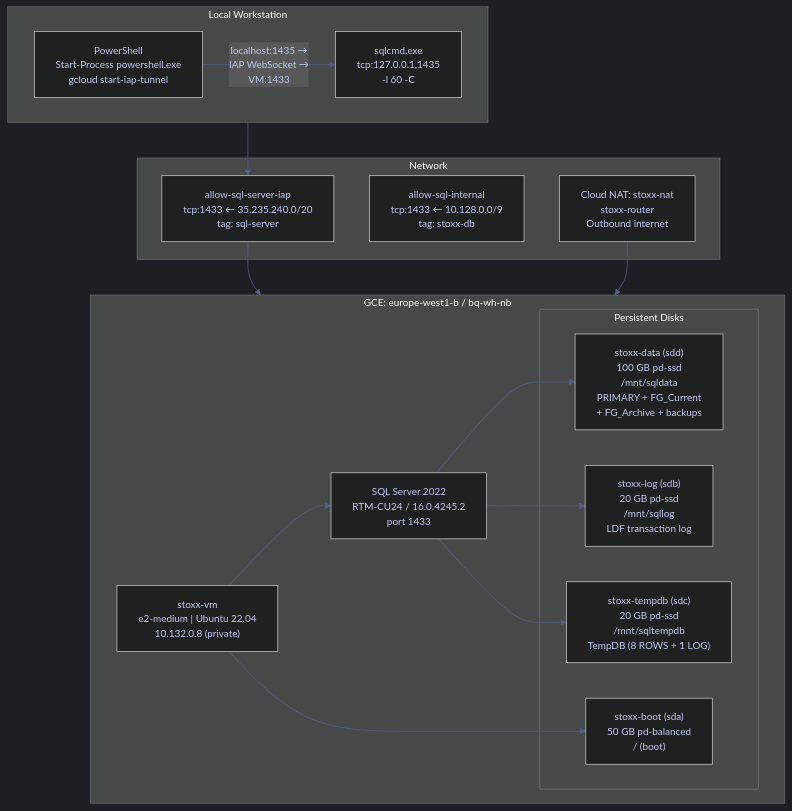
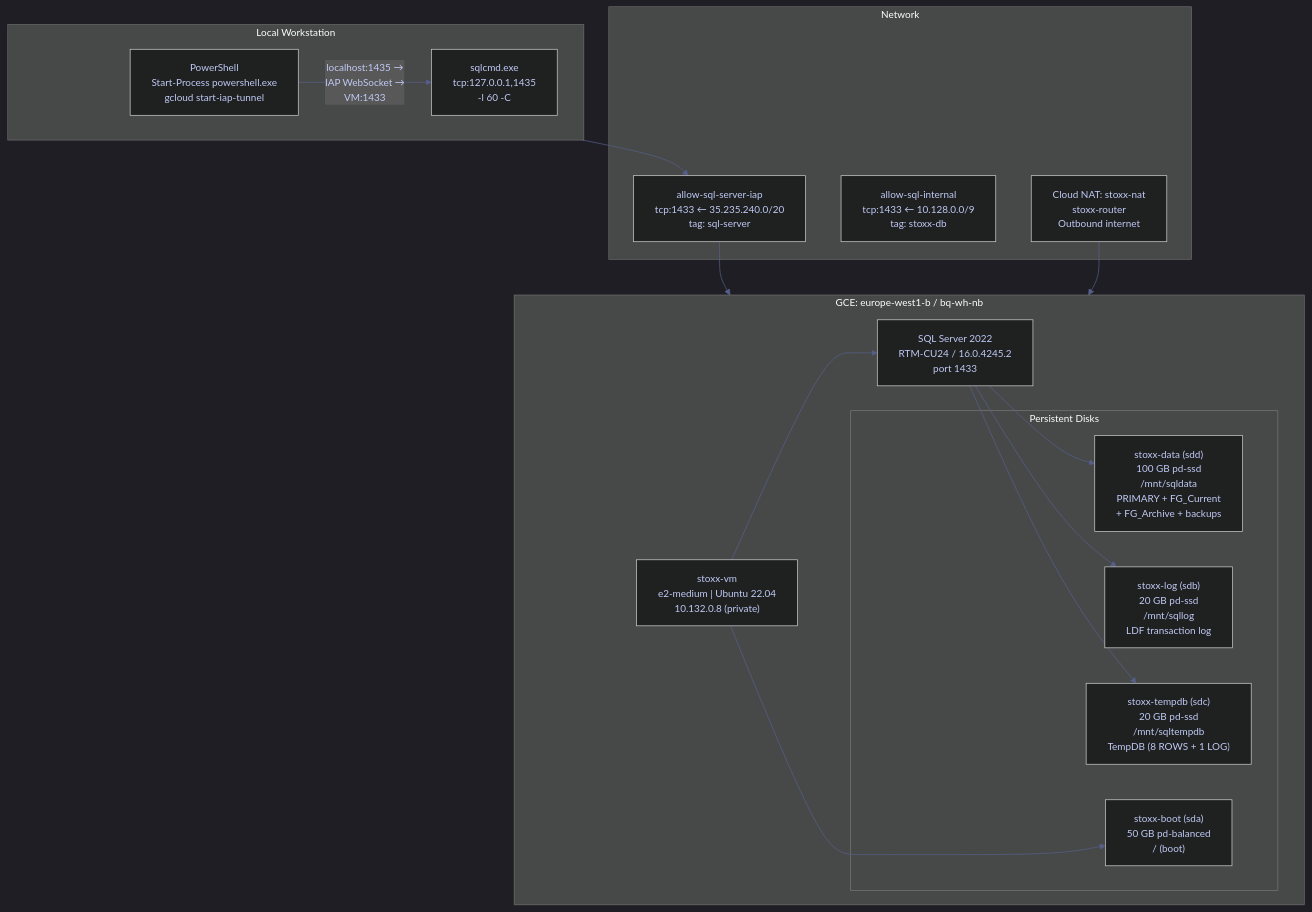
One commit to alp78/elysium changed the diagram in content/06-GCP/02-Compute/04-sql-server-on-compute-engine.md. Above: the diagram before and after it, drawn with Mermaid. The commit also changed other lines of this file and 216 other files, not shown here.

````diff
--- a/content/06-GCP/02-Compute/04-sql-server-on-compute-engine.md
+++ b/content/06-GCP/02-Compute/04-sql-server-on-compute-engine.md
@@ -238,48 +238,65 @@
 ```mermaid
 %%{init: {'theme': 'dark', 'themeVariables': {
   'primaryColor': '#292e42',
   'primaryTextColor': '#c0caf5',
   'primaryBorderColor': '#565f89',
   'lineColor': '#565f89',
   'secondaryColor': '#1a1b26',
   'tertiaryColor': '#24283b',
   'noteTextColor': '#c0caf5',
   'noteBkgColor': '#292e42',
   'textColor': '#c0caf5',
   'fontSize': '14px'
 }}}%%
 flowchart TD
     subgraph GCE["GCE: europe-west1-b / bq-wh-nb"]
+        GPAD[" "]
         VM["stoxx-vm<br/>e2-medium | Ubuntu 22.04<br/>10.132.0.8 (private)"]
         SS["SQL Server 2022<br/>RTM-CU24 / 16.0.4245.2<br/>port 1433"]
+        GPAD ~~~ VM
         VM --> SS
 
         subgraph DISKS["Persistent Disks"]
+            DPAD[" "]
             D1["stoxx-data (sdd)<br/>100 GB pd-ssd<br/>/mnt/sqldata<br/>PRIMARY + FG_Current<br/>+ FG_Archive + backups"]
             D2["stoxx-log (sdb)<br/>20 GB pd-ssd<br/>/mnt/sqllog<br/>LDF transaction log"]
             D3["stoxx-tempdb (sdc)<br/>20 GB pd-ssd<br/>/mnt/sqltempdb<br/>TempDB (8 ROWS + 1 LOG)"]
             D4["stoxx-boot (sda)<br/>50 GB pd-balanced<br/>/ (boot)"]
+            DPAD ~~~ D1
+            DPAD ~~~ D2
+            DPAD ~~~ D3
+            DPAD ~~~ D4
         end
 
         SS --> D1
         SS --> D2
         SS --> D3
         VM --> D4
     end
 
     subgraph NET["Network"]
+        NPAD[" "]
         FW1["allow-sql-server-iap<br/>tcp:1433 ← 35.235.240.0/20<br/>tag: sql-server"]
         FW2["allow-sql-internal<br/>tcp:1433 ← 10.128.0.0/9<br/>tag: stoxx-db"]
         NAT["Cloud NAT: stoxx-nat<br/>stoxx-router<br/>Outbound internet"]
+        NPAD ~~~ FW1
+        NPAD ~~~ FW2
+        NPAD ~~~ NAT
     end
 
     subgraph LOCAL["Local Workstation"]
+        LPAD[" "]
         PS["PowerShell<br/>Start-Process powershell.exe<br/>gcloud start-iap-tunnel"]
         SQLCMD["sqlcmd.exe<br/>tcp:127.0.0.1,1435<br/>-l 60 -C"]
+        LPAD ~~~ PS
         PS -->|"localhost:1435 →<br/>IAP WebSocket →<br/>VM:1433"| SQLCMD
     end
 
     FW1 --> GCE
     LOCAL --> FW1
+    style GPAD fill:transparent,stroke:transparent,color:transparent
+    style DPAD fill:transparent,stroke:transparent,color:transparent
+    style NPAD fill:transparent,stroke:transparent,color:transparent
+    style LPAD fill:transparent,stroke:transparent,color:transparent
     NAT --> GCE
 ```
````
